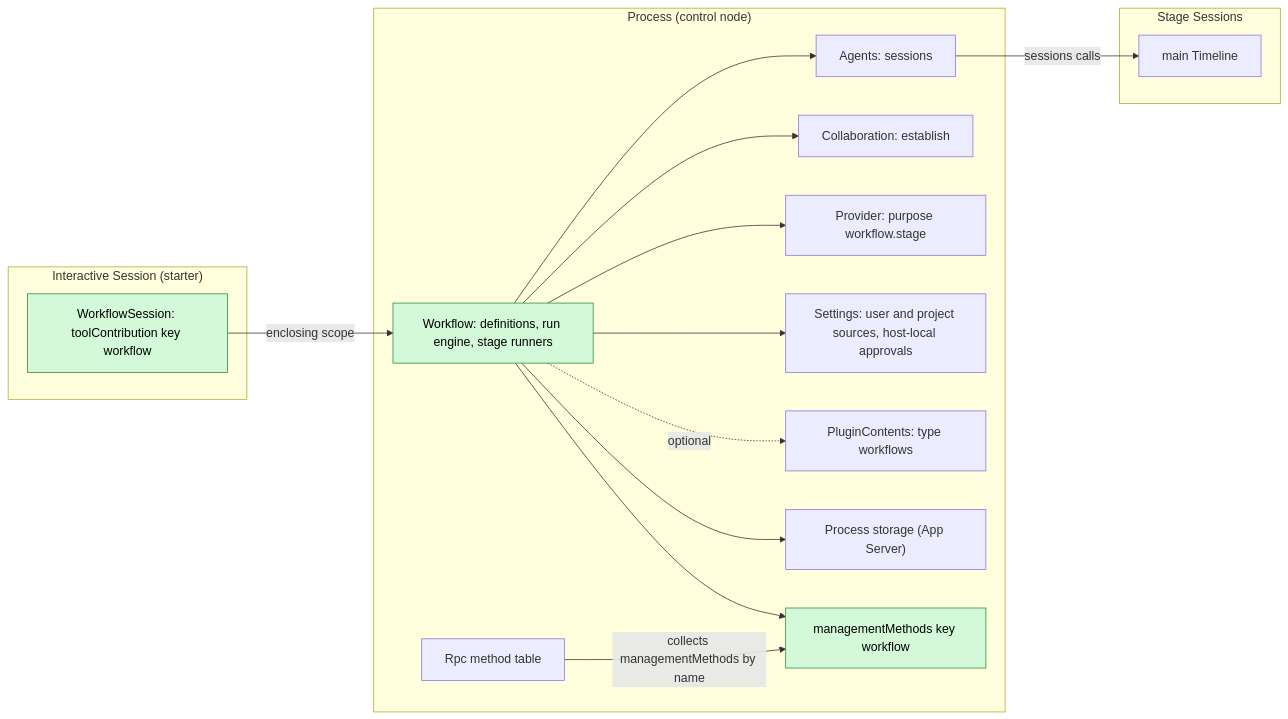
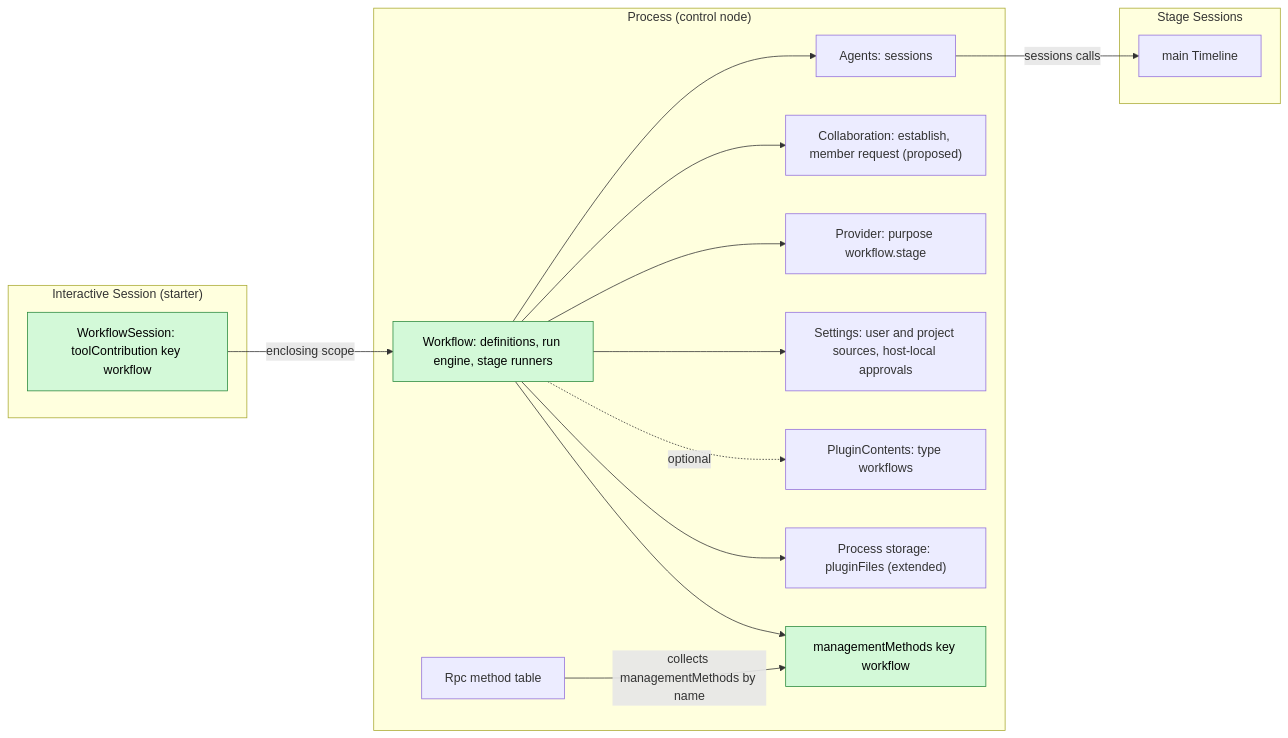
The first of 6 diagrams in docs/design/plugins/Workflow.md (CoutinhoTTS/dim-agent), drawn with Mermaid before and after one commit. The commit also changed other lines of this file and 42 other files, not shown here.

````diff
--- a/docs/design/plugins/Workflow.md
+++ b/docs/design/plugins/Workflow.md
@@ -9,32 +9,32 @@
 ```mermaid
 flowchart LR
   subgraph PROC["Process (control node)"]
     WF["Workflow: definitions, run engine, stage runners"]
     MM["managementMethods key workflow"]
     Agents["Agents: sessions"]
-    Coll["Collaboration: establish"]
+    Coll["Collaboration: establish, member request (proposed)"]
     Prov["Provider: purpose workflow.stage"]
     Set["Settings: user and project sources, host-local approvals"]
     PC["PluginContents: type workflows"]
-    Store["Process storage (App Server)"]
+    Store["Process storage: pluginFiles (extended)"]
     Rpc["Rpc method table"]
   end
   subgraph SESS["Interactive Session (starter)"]
     Tool["WorkflowSession: toolContribution key workflow"]
   end
   subgraph STG["Stage Sessions"]
     TL["main Timeline"]
   end
   Tool -->|"enclosing scope"| WF
   WF --> Agents
   WF --> Coll
   WF --> Prov
   WF --> Set
   WF -.->|"optional"| PC
   WF --> Store
   WF --> MM
   Rpc -->|"collects managementMethods by name"| MM
   Agents -->|"sessions calls"| TL
   classDef new fill:#d3f9d8,stroke:#2b8a3e,color:#000
   class WF,MM,Tool new
 ```
````
